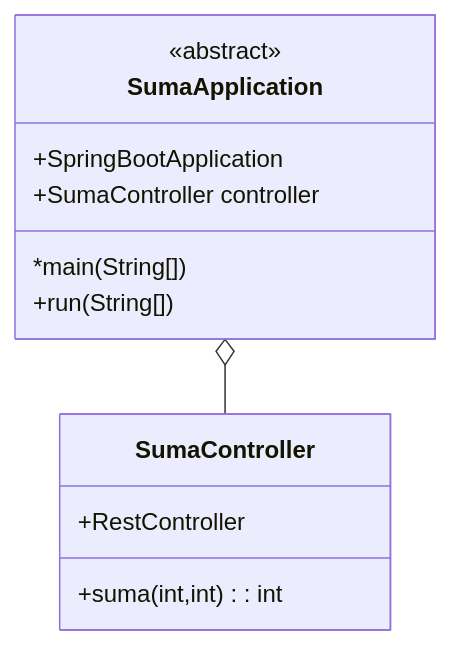
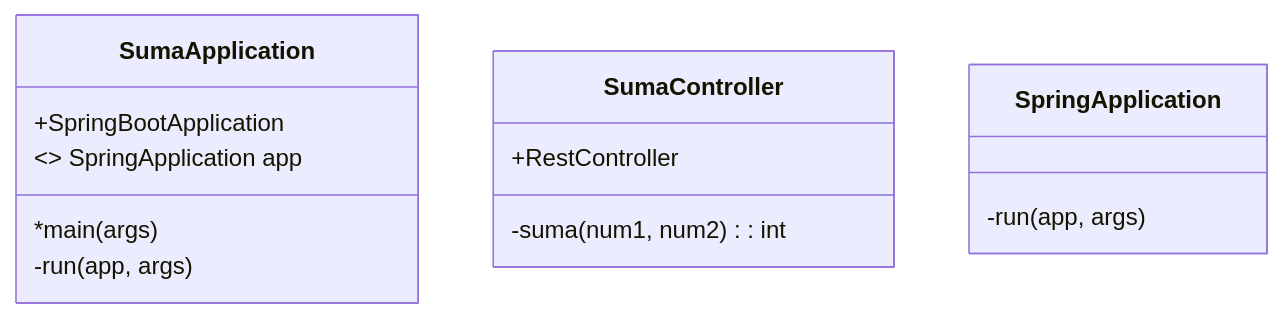
One commit to natperh/newCodes changed the diagram in SumaProject/docs/diagrama.mmd. Above: the diagram before and after it, drawn with Mermaid. The commit also changed 3 other files, not shown here.

```diff
--- a/SumaProject/docs/diagrama.mmd
+++ b/SumaProject/docs/diagrama.mmd
@@ -1,15 +1,16 @@
 classDiagram
     class SumaApplication {
         +SpringBootApplication
-        *main(String[])
-        +run(String[])
-        <<abstract>>
-        +SumaController controller
+        *main(args)
+        <<include>> SpringApplication app
+        -run(app, args)
     }
 
     class SumaController {
         +RestController
-        +suma(int,int) : int
+        -suma(num1, num2) : int
     }
 
-    SumaApplication o--SumaController
+    class SpringApplication {
+        -run(app, args)
+    }
```
